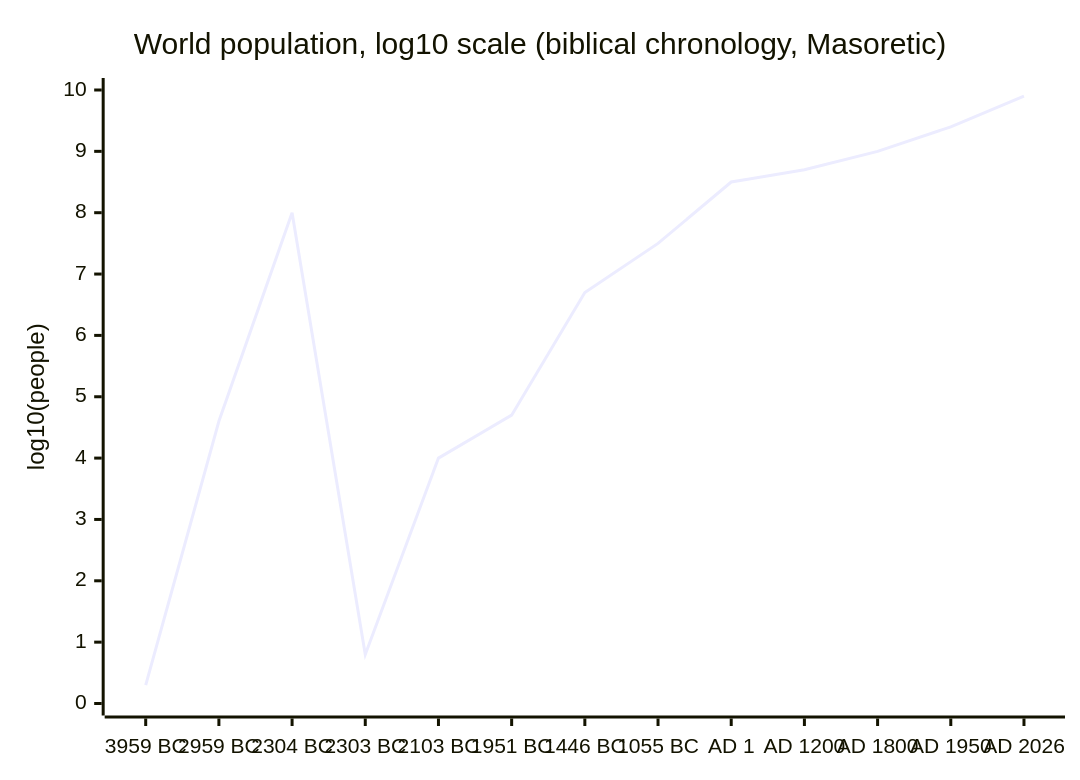
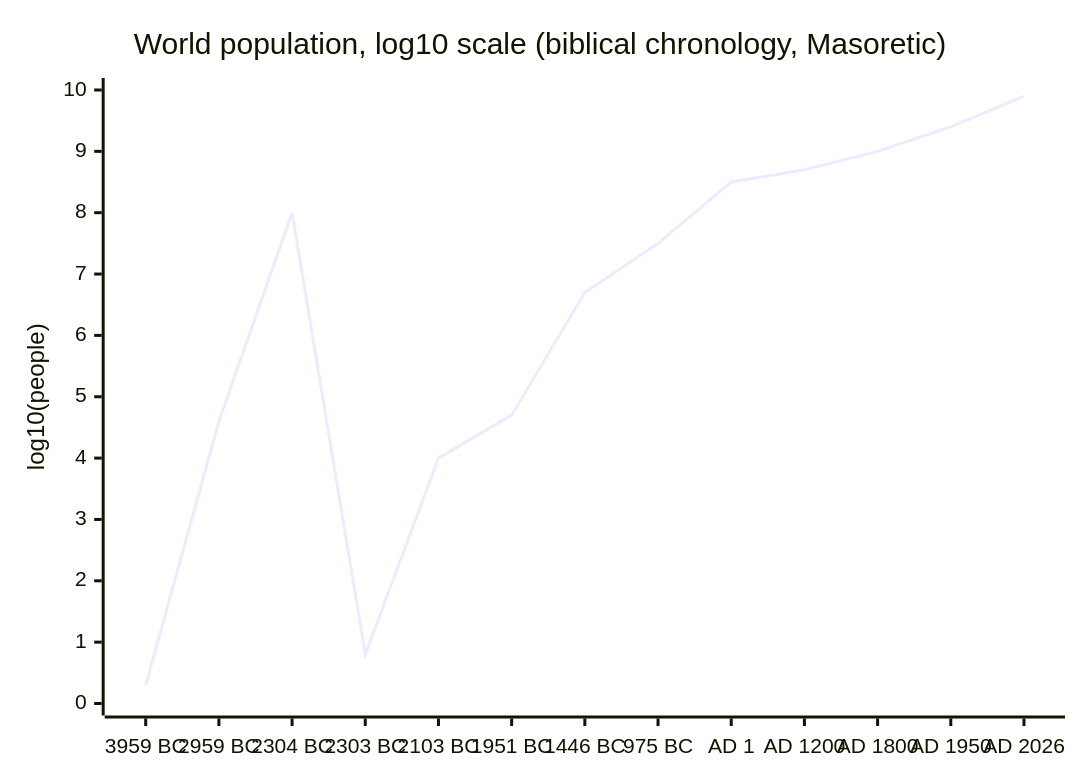
Before and after one commit to ding0t/bible_studies: the second of 3 diagrams in docs/content/god/world-population-declares-gods-creation-and-biblical-truth.md, drawn with Mermaid. The commit also changed other lines of this file and 18 other files, not shown here.

First line of the commit message:
feat(chronology): put the studies and the timeline on one line

````diff
--- a/docs/content/god/world-population-declares-gods-creation-and-biblical-truth.md
+++ b/docs/content/god/world-population-declares-gods-creation-and-biblical-truth.md
@@ -462,7 +463,7 @@
 ```mermaid
 xychart-beta
     title "World population, log10 scale (biblical chronology, Masoretic)"
-    x-axis ["3959 BC", "2959 BC", "2304 BC", "2303 BC", "2103 BC", "1951 BC", "1446 BC", "1055 BC", "AD 1", "AD 1200", "AD 1800", "AD 1950", "AD 2026"]
+    x-axis ["3959 BC", "2959 BC", "2304 BC", "2303 BC", "2103 BC", "1951 BC", "1446 BC", "975 BC", "AD 1", "AD 1200", "AD 1800", "AD 1950", "AD 2026"]
     y-axis "log10(people)" 0 --> 10
     line [0.3, 4.6, 8.0, 0.8, 4.0, 4.7, 6.7, 7.5, 8.5, 8.7, 9.0, 9.4, 9.9]
 ```
````
